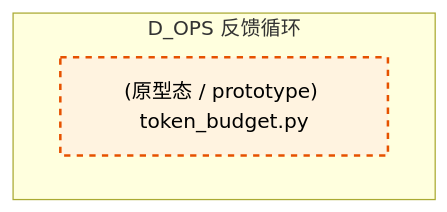
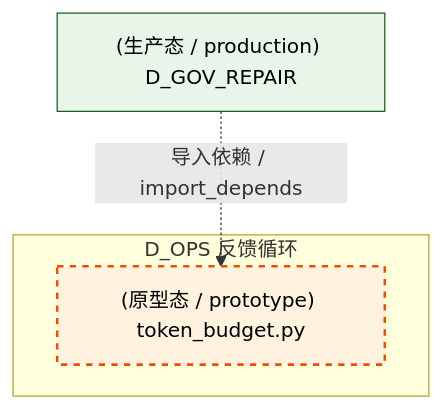
Before and after one commit to xuanFelixVan/ZephyrAlpha: the third of 4 diagrams in docs/02_enterprise_architecture/02_domain_architecture_docs/21_d_ops.md, drawn with Mermaid. The commit also changed other lines of this file and 124 other files, not shown here.

````diff
--- a/docs/02_enterprise_architecture/02_domain_architecture_docs/21_d_ops.md
+++ b/docs/02_enterprise_architecture/02_domain_architecture_docs/21_d_ops.md
@@ -197,11 +195,14 @@
 ```mermaid
 graph TD
     subgraph D_OPS["D_OPS 反馈循环"]
         src_zephyr_governance_ops_governance_token_budget_py["(原型态 / prototype) token_budget.py"]
     end
+    D_GOV_REPAIR["(生产态 / production) D_GOV_REPAIR"]
+    D_GOV_REPAIR -.->|导入依赖 / import_depends| src_zephyr_governance_ops_governance_token_budget_py
     classDef production fill:#e1f5fe,stroke:#01579b,stroke-width:2px,color:#000
     classDef design fill:#fff3e0,stroke:#e65100,stroke-width:2px,color:#000,stroke-dasharray: 5 5
     classDef external_prod fill:#e8f5e9,stroke:#1b5e20,stroke-width:1px,color:#000
     classDef external_design fill:#fce4ec,stroke:#880e4f,stroke-width:1px,color:#000,stroke-dasharray: 5 5
     class src_zephyr_governance_ops_governance_token_budget_py design
+    class D_GOV_REPAIR external_prod
 ```
````
